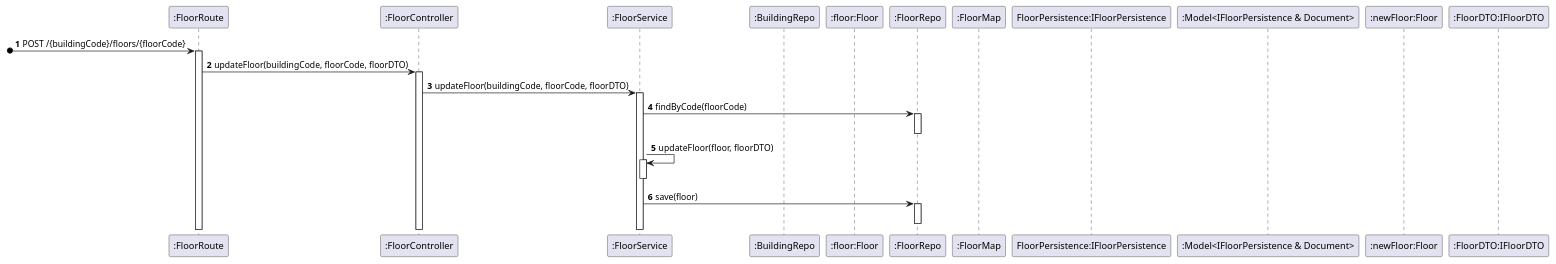
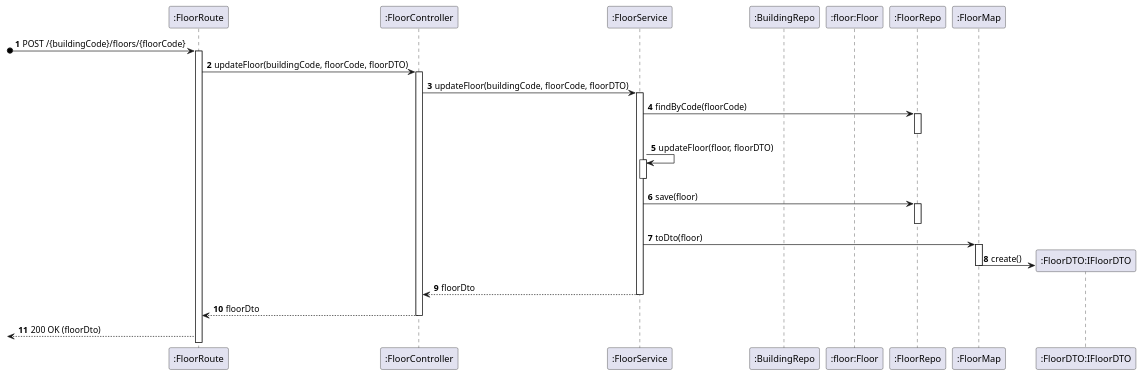
Before and after one commit to miseEnPlace-dev/lapr5: the diagram in _wiki/sprint-a/us06-200/views/level-3/process-view.puml, drawn with PlantUML.

Commit message:
docs(us-200): updated processes view on level 3

```diff
--- a/_wiki/sprint-a/us06-200/views/level-3/process-view.puml
+++ b/_wiki/sprint-a/us06-200/views/level-3/process-view.puml
@@ -1,33 +1,38 @@
 @startuml process-view
 autonumber
 participant route as ":FloorRoute"
 participant controller as ":FloorController"
 participant service as ":FloorService"
 participant building_repo as ":BuildingRepo"
 participant floor as ":floor:Floor"
 participant floor_repo as ":FloorRepo"
 participant map as ":FloorMap"
-participant PERS as "FloorPersistence:IFloorPersistence"
-participant MODEL as ":Model<IFloorPersistence & Document>"
-participant NBUILD as ":newFloor:Floor"
-participant DTO as ":FloorDTO:IFloorDTO"
+participant floor_dto as ":FloorDTO:IFloorDTO"
 
 ?o-> route : POST /{buildingCode}/floors/{floorCode}
 activate route
 route -> controller : updateFloor(buildingCode, floorCode, floorDTO)
 activate controller
 controller -> service : updateFloor(buildingCode, floorCode, floorDTO)
 activate service
 service -> floor_repo : findByCode(floorCode)
 activate floor_repo
 deactivate floor_repo
 service -> service : updateFloor(floor, floorDTO)
 activate service
 deactivate service
 service -> floor_repo : save(floor)
 activate floor_repo
 deactivate floor_repo
-
+service -> map : toDto(floor)
+activate map
+map -> floor_dto** : create()
+deactivate map
+service --> controller : floorDto
+deactivate service
+controller --> route : floorDto
+deactivate controller
+<-- route : 200 OK (floorDto)
 
 
 @enduml
```
